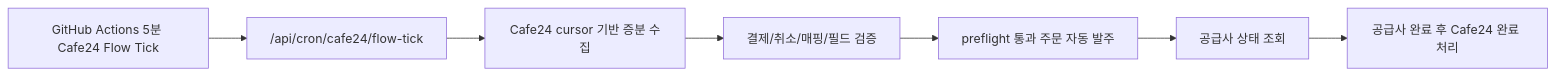
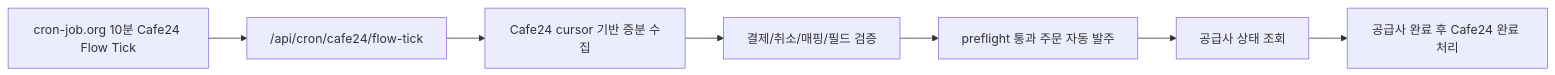
The diagram in docs/order-automation-stability-plan.md (jeongwonho/smmproject), drawn with Mermaid before and after one commit. The commit also changed other lines of this file and 3 other files, not shown here.

Commit message:
Remove duplicate Cafe24 cron schedule

````diff
--- a/docs/order-automation-stability-plan.md
+++ b/docs/order-automation-stability-plan.md
@@ -7,9 +7,9 @@
 ```mermaid
 flowchart LR
-    A["GitHub Actions 5분 Cafe24 Flow Tick"] --> B["/api/cron/cafe24/flow-tick"]
+    A["cron-job.org 10분 Cafe24 Flow Tick"] --> B["/api/cron/cafe24/flow-tick"]
     B --> C["Cafe24 cursor 기반 증분 수집"]
     C --> D["결제/취소/매핑/필드 검증"]
     D --> E["preflight 통과 주문 자동 발주"]
     E --> F["공급사 상태 조회"]
     F --> G["공급사 완료 후 Cafe24 완료 처리"]
 ```
````
